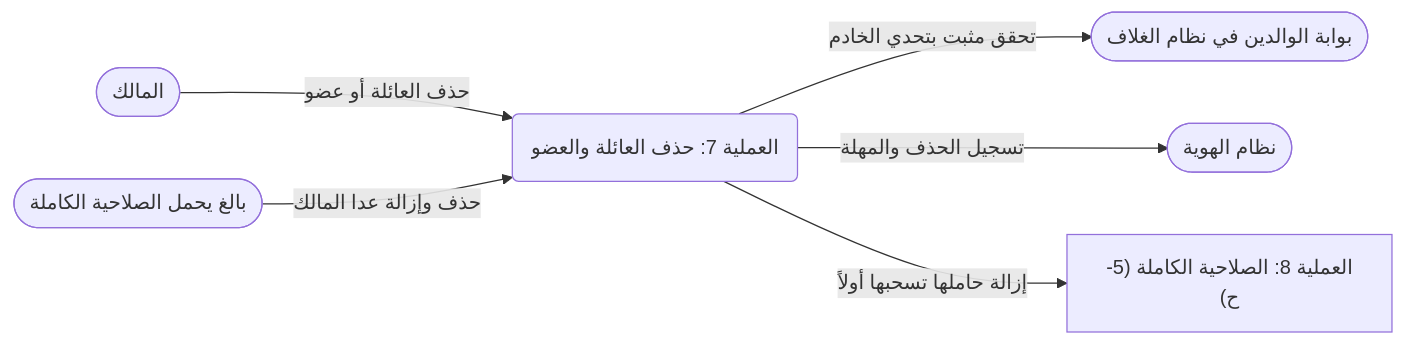
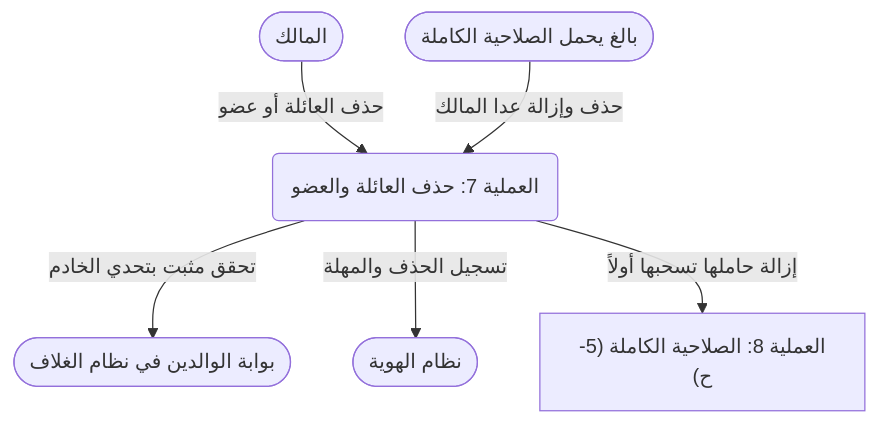
One commit to Bassam-mohammed-alqaeadi/family-os-v2 changed diagram 32 of 39 in docs/family-os/governance/phases/phase-1/S1-03-family-roles-and-permissions/DIAGRAMS.md. Above: the diagram before and after it, drawn with Mermaid. The commit also changed other lines of this file, not shown here.

````diff
--- a/docs/family-os/governance/phases/phase-1/S1-03-family-roles-and-permissions/DIAGRAMS.md
+++ b/docs/family-os/governance/phases/phase-1/S1-03-family-roles-and-permissions/DIAGRAMS.md
@@ -1140,15 +1148,15 @@
 ```mermaid
-flowchart LR
+flowchart TD
     Owner([المالك])
     Holder([بالغ يحمل الصلاحية الكاملة])
+    P7(العملية 7: حذف العائلة والعضو)
     Gate([بوابة الوالدين في نظام الغلاف])
     Identity([نظام الهوية])
-    P7(العملية 7: حذف العائلة والعضو)
     P8x["العملية 8: الصلاحية الكاملة (5-ح)"]
 
     Owner -->|حذف العائلة أو عضو| P7
     Holder -->|حذف وإزالة عدا المالك| P7
     P7 -->|تحقق مثبت بتحدي الخادم| Gate
     P7 -->|تسجيل الحذف والمهلة| Identity
     P7 -->|إزالة حاملها تسحبها أولاً| P8x
 ```
````
